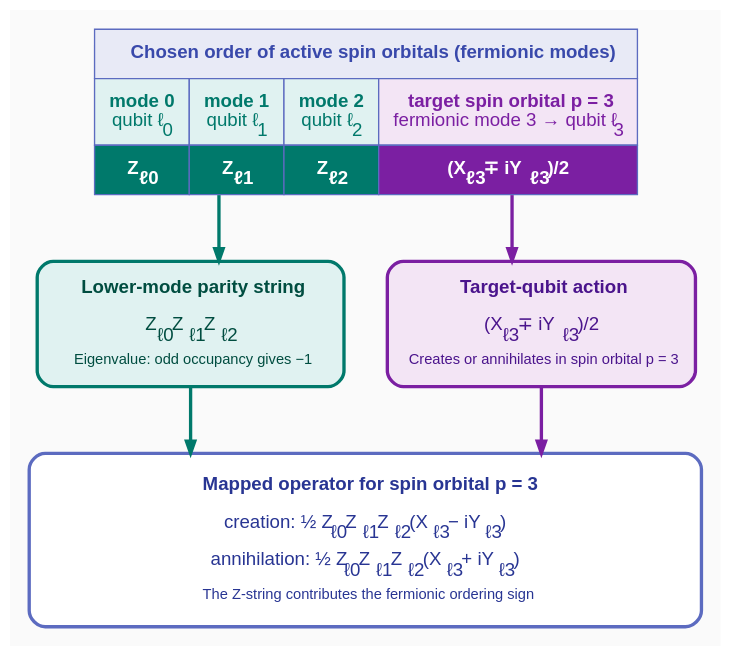
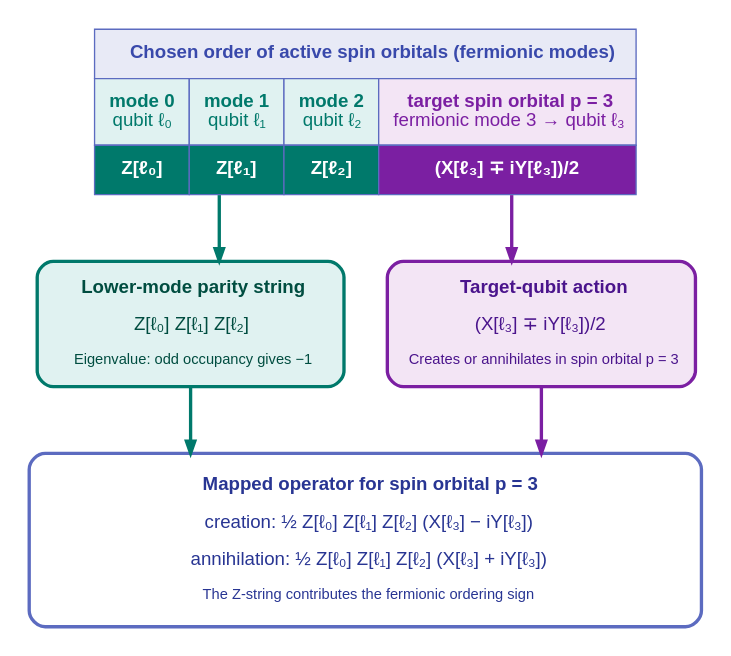
The diagram in docs/_static/diagrams/tutorial_qpe_jordan_wigner_parity.dot (microsoft/qdk-chemistry), drawn with Graphviz before and after one commit. The commit also changed 594 other files, not shown here.

```diff
--- a/docs/_static/diagrams/tutorial_qpe_jordan_wigner_parity.dot
+++ b/docs/_static/diagrams/tutorial_qpe_jordan_wigner_parity.dot
@@ -1,44 +1,44 @@
 digraph TutorialQpeJordanWignerParity {
     rankdir=TB;
     ranksep=0.7;
     nodesep=0.45;
     newrank=true;
     overlap=false;
     splines=ortho;
     pad=0.2;
-    bgcolor="#FAFAFA";
+    bgcolor="#FFFFFF";
 
     node [shape=box, style="rounded,filled", fontname="Arial", margin="0.22,0.18"];
     edge [penwidth=2.5, arrowsize=0.9, fontname="Arial"];
 
     Ordering [shape=plain, label=<<TABLE BORDER="0" CELLBORDER="1" CELLSPACING="0" CELLPADDING="10" COLOR="#5C6BC0">
         <TR><TD COLSPAN="4" BGCOLOR="#E8EAF6"><FONT COLOR="#3949AB"><B>Chosen order of active spin orbitals (fermionic modes)</B></FONT></TD></TR>
         <TR>
-            <TD BGCOLOR="#E0F2F1"><FONT COLOR="#00796B"><B>mode 0</B><BR/>qubit ℓ<SUB>0</SUB></FONT></TD>
-            <TD BGCOLOR="#E0F2F1"><FONT COLOR="#00796B"><B>mode 1</B><BR/>qubit ℓ<SUB>1</SUB></FONT></TD>
-            <TD BGCOLOR="#E0F2F1"><FONT COLOR="#00796B"><B>mode 2</B><BR/>qubit ℓ<SUB>2</SUB></FONT></TD>
-            <TD BGCOLOR="#F3E5F5"><FONT COLOR="#7B1FA2"><B>target spin orbital p = 3</B><BR/>fermionic mode 3 → qubit ℓ<SUB>3</SUB></FONT></TD>
+            <TD BGCOLOR="#E0F2F1"><FONT COLOR="#00796B"><B>mode 0</B><BR/>qubit ℓ₀</FONT></TD>
+            <TD BGCOLOR="#E0F2F1"><FONT COLOR="#00796B"><B>mode 1</B><BR/>qubit ℓ₁</FONT></TD>
+            <TD BGCOLOR="#E0F2F1"><FONT COLOR="#00796B"><B>mode 2</B><BR/>qubit ℓ₂</FONT></TD>
+            <TD BGCOLOR="#F3E5F5"><FONT COLOR="#7B1FA2"><B>target spin orbital p = 3</B><BR/>fermionic mode 3 → qubit ℓ₃</FONT></TD>
         </TR>
         <TR>
-            <TD BGCOLOR="#00796B"><FONT COLOR="#FFFFFF"><B>Z<SUB>ℓ0</SUB></B></FONT></TD>
-            <TD BGCOLOR="#00796B"><FONT COLOR="#FFFFFF"><B>Z<SUB>ℓ1</SUB></B></FONT></TD>
-            <TD BGCOLOR="#00796B"><FONT COLOR="#FFFFFF"><B>Z<SUB>ℓ2</SUB></B></FONT></TD>
-            <TD BGCOLOR="#7B1FA2"><FONT COLOR="#FFFFFF"><B>(X<SUB>ℓ3</SUB> ∓ iY<SUB>ℓ3</SUB>)/2</B></FONT></TD>
+            <TD BGCOLOR="#00796B"><FONT COLOR="#FFFFFF"><B>Z[ℓ₀]</B></FONT></TD>
+            <TD BGCOLOR="#00796B"><FONT COLOR="#FFFFFF"><B>Z[ℓ₁]</B></FONT></TD>
+            <TD BGCOLOR="#00796B"><FONT COLOR="#FFFFFF"><B>Z[ℓ₂]</B></FONT></TD>
+            <TD BGCOLOR="#7B1FA2"><FONT COLOR="#FFFFFF"><B>(X[ℓ₃] ∓ iY[ℓ₃])/2</B></FONT></TD>
         </TR>
     </TABLE>>];
 
     subgraph factors {
         rank=same;
 
-        Parity [label=<<B>Lower-mode parity string</B><BR/><BR/>Z<SUB>ℓ0</SUB> Z<SUB>ℓ1</SUB> Z<SUB>ℓ2</SUB><BR/><BR/><FONT POINT-SIZE="11">Eigenvalue: odd occupancy gives −1</FONT>>, fillcolor="#E0F2F1", color="#00796B", penwidth=2.5, fontcolor="#004D40", width=3.2, height=1.3];
+        Parity [label=<<B>Lower-mode parity string</B><BR/><BR/>Z[ℓ₀] Z[ℓ₁] Z[ℓ₂]<BR/><BR/><FONT POINT-SIZE="11">Eigenvalue: odd occupancy gives −1</FONT>>, fillcolor="#E0F2F1", color="#00796B", penwidth=2.5, fontcolor="#004D40", width=3.2, height=1.3];
 
-        Target [label=<<B>Target-qubit action</B><BR/><BR/>(X<SUB>ℓ3</SUB> ∓ iY<SUB>ℓ3</SUB>)/2<BR/><BR/><FONT POINT-SIZE="11">Creates or annihilates in spin orbital p = 3</FONT>>, fillcolor="#F3E5F5", color="#7B1FA2", penwidth=2.5, fontcolor="#4A148C", width=3.2, height=1.3];
+        Target [label=<<B>Target-qubit action</B><BR/><BR/>(X[ℓ₃] ∓ iY[ℓ₃])/2<BR/><BR/><FONT POINT-SIZE="11">Creates or annihilates in spin orbital p = 3</FONT>>, fillcolor="#F3E5F5", color="#7B1FA2", penwidth=2.5, fontcolor="#4A148C", width=3.2, height=1.3];
     }
 
-    Combined [label=<<B>Mapped operator for spin orbital p = 3</B><BR/><BR/>creation: ½ Z<SUB>ℓ0</SUB> Z<SUB>ℓ1</SUB> Z<SUB>ℓ2</SUB> (X<SUB>ℓ3</SUB> − iY<SUB>ℓ3</SUB>)<BR/><BR/>annihilation: ½ Z<SUB>ℓ0</SUB> Z<SUB>ℓ1</SUB> Z<SUB>ℓ2</SUB> (X<SUB>ℓ3</SUB> + iY<SUB>ℓ3</SUB>)<BR/><BR/><FONT POINT-SIZE="11">The Z-string contributes the fermionic ordering sign</FONT>>, fillcolor="#FFFFFF", color="#5C6BC0", penwidth=2.5, fontcolor="#283593", width=7.0, height=1.8];
+    Combined [label=<<B>Mapped operator for spin orbital p = 3</B><BR/><BR/>creation: ½ Z[ℓ₀] Z[ℓ₁] Z[ℓ₂] (X[ℓ₃] − iY[ℓ₃])<BR/><BR/>annihilation: ½ Z[ℓ₀] Z[ℓ₁] Z[ℓ₂] (X[ℓ₃] + iY[ℓ₃])<BR/><BR/><FONT POINT-SIZE="11">The Z-string contributes the fermionic ordering sign</FONT>>, fillcolor="#FFFFFF", color="#5C6BC0", penwidth=2.5, fontcolor="#283593", width=7.0, height=1.8];
 
     Ordering -> Parity [color="#00796B"];
     Ordering -> Target [color="#7B1FA2"];
     Parity -> Combined [color="#00796B"];
     Target -> Combined [color="#7B1FA2"];
 }
```
